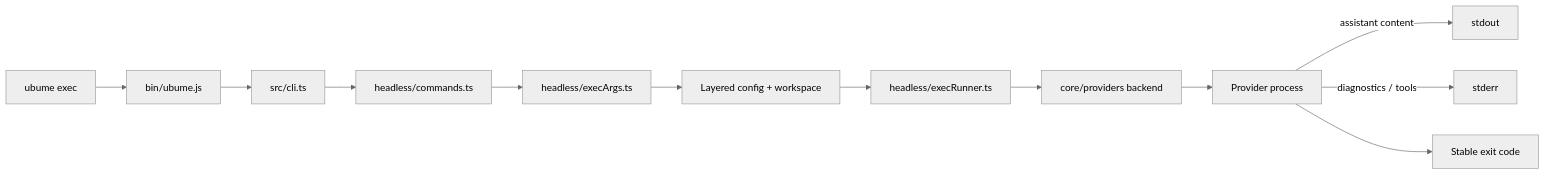
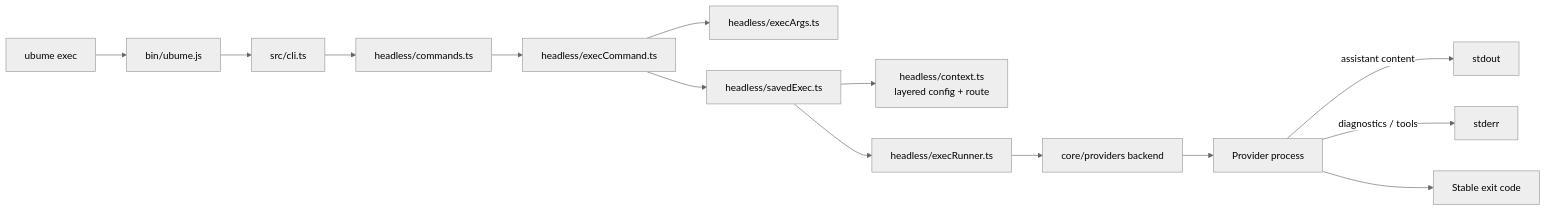
One commit to golba98/Ubume-CLI changed the fifth of 9 diagrams in docs/ARCHITECTURE.md. Above: the diagram before and after it, drawn with Mermaid (neutral theme). The commit also changed other lines of this file and 3 other files, not shown here.

Commit message:
docs: update architecture, source guide and audit notes

````diff
--- a/docs/ARCHITECTURE.md
+++ b/docs/ARCHITECTURE.md
@@ -152,14 +152,16 @@
 ```mermaid
 flowchart LR
   CLI[ubume exec] --> Launcher[bin/ubume.js]
   Launcher --> Entry[src/cli.ts]
   Entry --> Commands[headless/commands.ts]
-  Commands --> Parse[headless/execArgs.ts]
-  Parse --> Resolve[Layered config + workspace]
-  Resolve --> Runner[headless/execRunner.ts]
+  Commands --> Exec[headless/execCommand.ts]
+  Exec --> Parse[headless/execArgs.ts]
+  Exec --> Saved[headless/savedExec.ts]
+  Saved --> Resolve[headless/context.ts<br/>layered config + route]
+  Saved --> Runner[headless/execRunner.ts]
   Runner --> Backend[core/providers backend]
   Backend --> Child[Provider process]
   Child -->|assistant content| Stdout[stdout]
   Child -->|diagnostics / tools| Stderr[stderr]
   Child --> Exit[Stable exit code]
 ```
````
